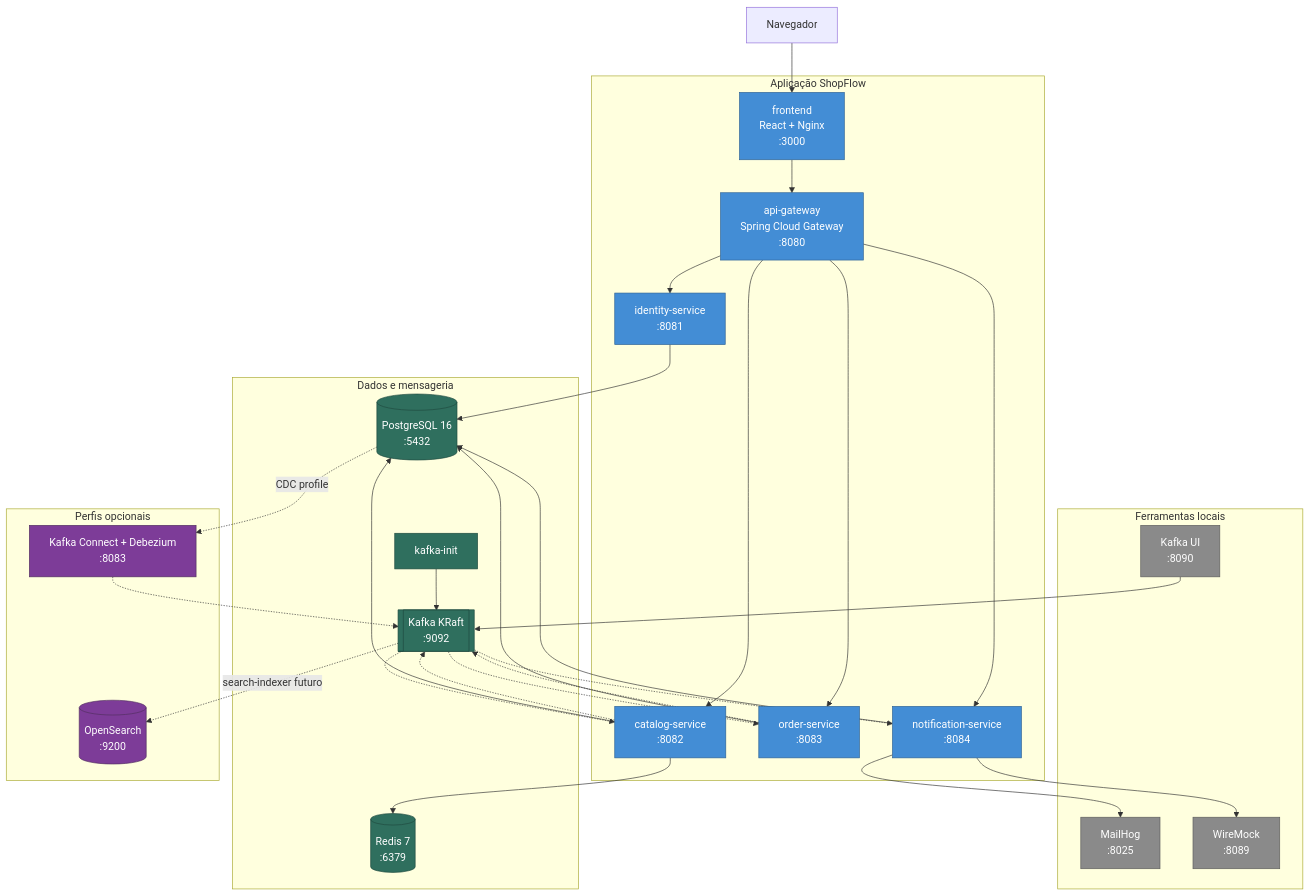
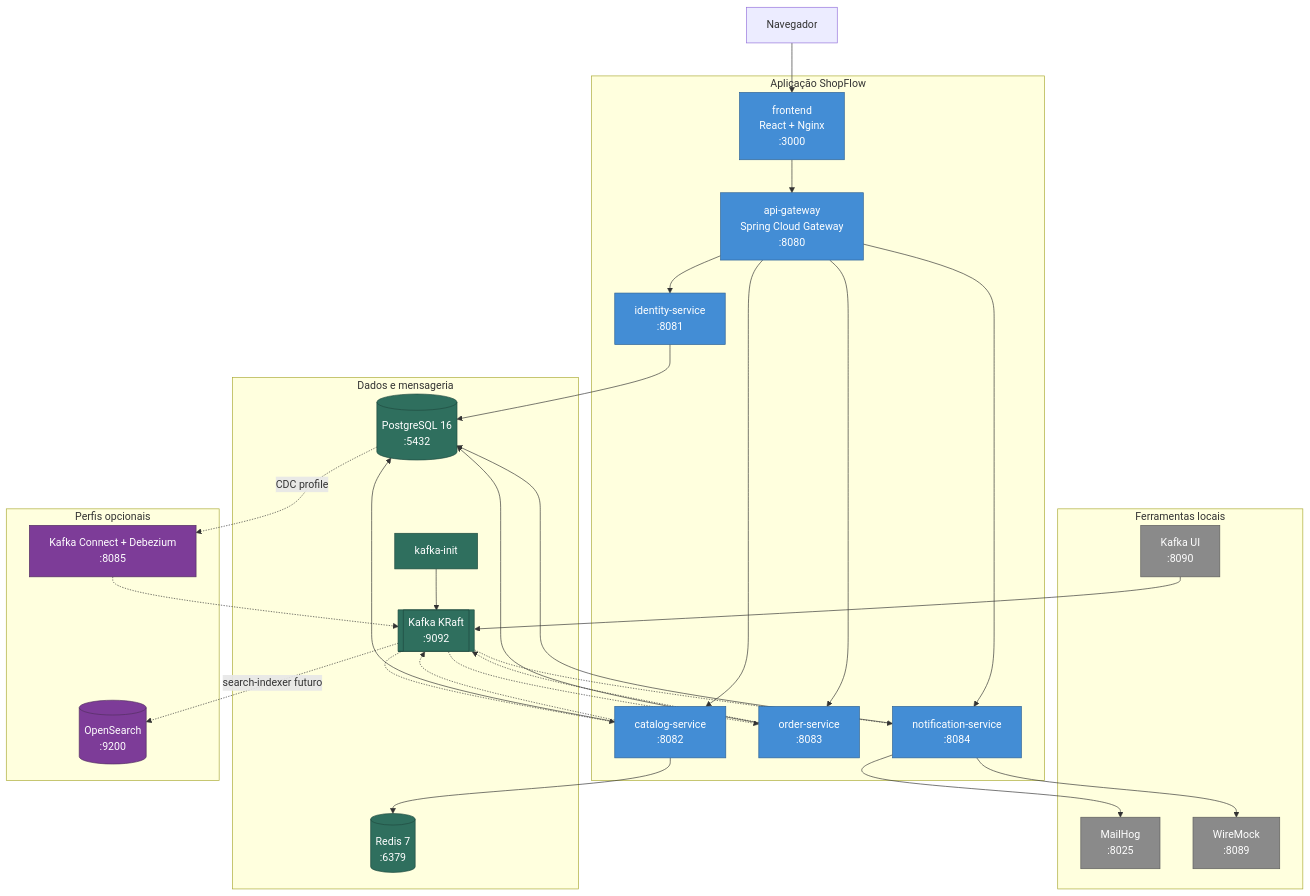
One commit to Matheuscrz/ShopFlow changed diagram 39 of 57 in docs/ARCHITECTURE.md. Above: the diagram before and after it, drawn with Mermaid. The commit also changed other lines of this file and 3 other files, not shown here.

````diff
--- a/docs/ARCHITECTURE.md
+++ b/docs/ARCHITECTURE.md
@@ -1535,68 +1544,68 @@
 ```mermaid
 flowchart TB
     browser["Navegador"]
 
-    subgraph app["Aplicação ShopFlow"]
+    subgraph appGroup["Aplicação ShopFlow"]
         frontend["frontend<br/>React + Nginx<br/>:3000"]
         gateway["api-gateway<br/>Spring Cloud Gateway<br/>:8080"]
         identity["identity-service<br/>:8081"]
         catalog["catalog-service<br/>:8082"]
         order["order-service<br/>:8083"]
         notification["notification-service<br/>:8084"]
     end
 
-    subgraph data["Dados e mensageria"]
+    subgraph dataGroup["Dados e mensageria"]
         postgres[("PostgreSQL 16<br/>:5432")]
         redis[("Redis 7<br/>:6379")]
         kafka[["Kafka KRaft<br/>:9092"]]
         kafkaInit["kafka-init"]
     end
 
-    subgraph tools["Ferramentas locais"]
+    subgraph toolsGroup["Ferramentas locais"]
         kafkaUi["Kafka UI<br/>:8090"]
         mailhog["MailHog<br/>:8025"]
         wiremock["WireMock<br/>:8089"]
     end
 
-    subgraph optional["Perfis opcionais"]
-        connect["Kafka Connect + Debezium<br/>:8083"]
+    subgraph optionalGroup["Perfis opcionais"]
+        connect["Kafka Connect + Debezium<br/>:8085"]
         opensearch[("OpenSearch<br/>:9200")]
     end
 
     browser --> frontend --> gateway
     gateway --> identity
     gateway --> catalog
     gateway --> order
     gateway --> notification
 
     identity --> postgres
     catalog --> postgres
     order --> postgres
     notification --> postgres
     catalog --> redis
 
     order -.-> kafka
     catalog -.-> kafka
     kafka -.-> order
     kafka -.-> catalog
     kafka -.-> notification
 
     kafkaInit --> kafka
     kafkaUi --> kafka
     notification --> mailhog
     notification --> wiremock
 
     postgres -. "CDC profile" .-> connect
     connect -.-> kafka
     kafka -. "search-indexer futuro" .-> opensearch
 
     classDef app fill:#438dd5,stroke:#2e6295,color:#fff
     classDef data fill:#2f6f5e,stroke:#1f4a3f,color:#fff
     classDef tool fill:#8a8a8a,stroke:#5c5c5c,color:#fff
     classDef optional fill:#7d3c98,stroke:#512e5f,color:#fff
 
     class frontend,gateway,identity,catalog,order,notification app
     class postgres,redis,kafka,kafkaInit data
     class kafkaUi,mailhog,wiremock tool
     class connect,opensearch optional
 ```
````
